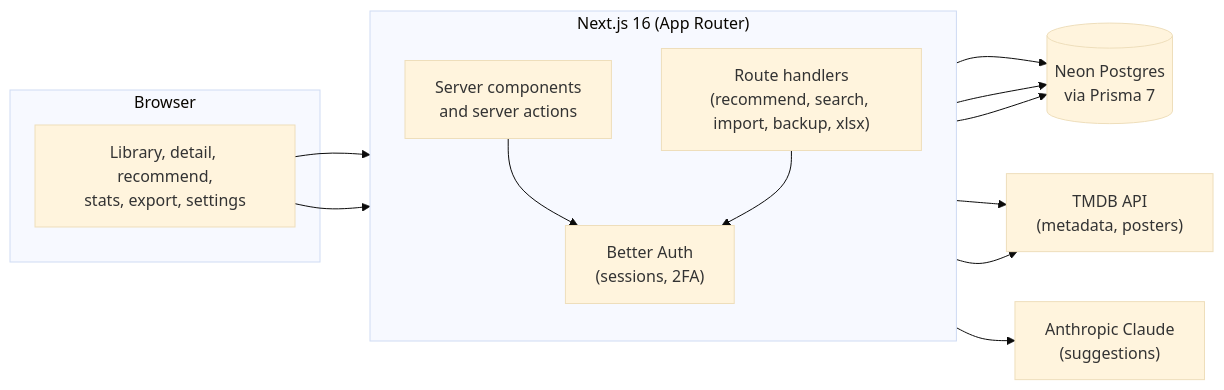
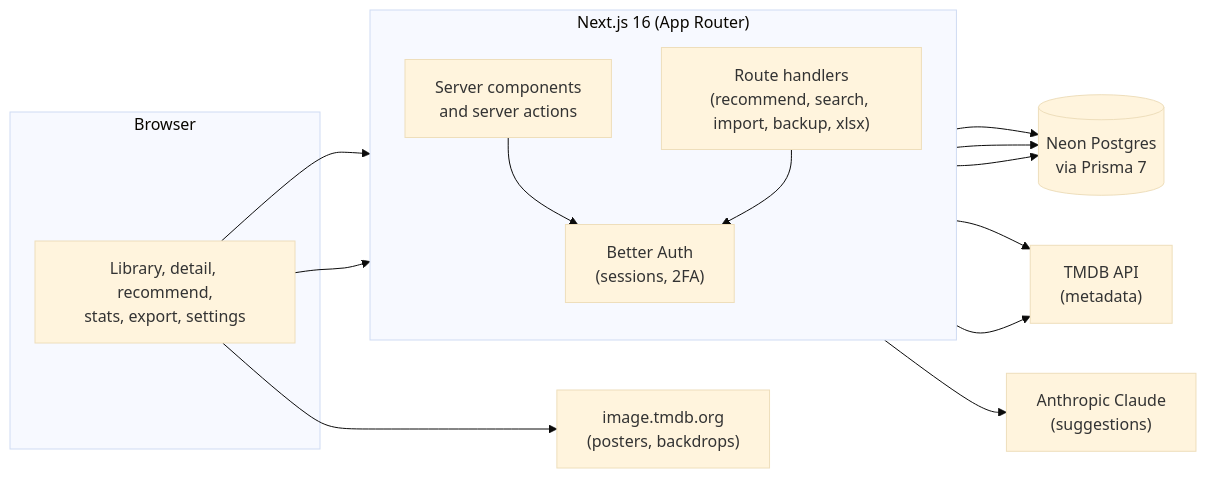
The second of 3 diagrams in README.md (rsvptr/celluloid), drawn with Mermaid (base theme) before and after one commit. The commit also changed other lines of this file, not shown here.

````diff
--- a/README.md
+++ b/README.md
@@ -311,26 +316,28 @@
 ```mermaid
 flowchart LR
     subgraph Browser
       UI["Library, detail, recommend,<br/>stats, export, settings"]
     end
     subgraph "Next.js 16 (App Router)"
       direction TB
       RSC["Server components<br/>and server actions"]
       API["Route handlers<br/>(recommend, search, import, backup, xlsx)"]
       AUTH["Better Auth<br/>(sessions, 2FA)"]
     end
     DB[("Neon Postgres<br/>via Prisma 7")]
-    TMDB["TMDB API<br/>(metadata, posters)"]
+    TMDB["TMDB API<br/>(metadata)"]
+    IMG["image.tmdb.org<br/>(posters, backdrops)"]
     CLAUDE["Anthropic Claude<br/>(suggestions)"]
 
     UI --> RSC
     UI --> API
+    UI --> IMG
     RSC --> DB
     API --> DB
     RSC --> AUTH
     API --> AUTH
     AUTH --> DB
     API --> TMDB
     RSC --> TMDB
     API --> CLAUDE
 ```
````
